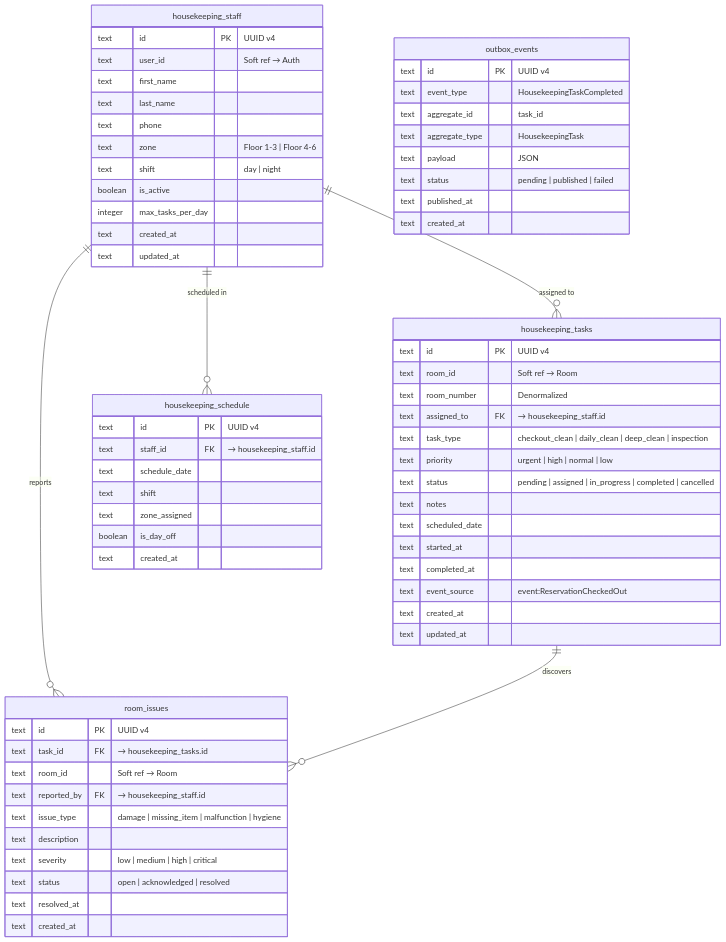
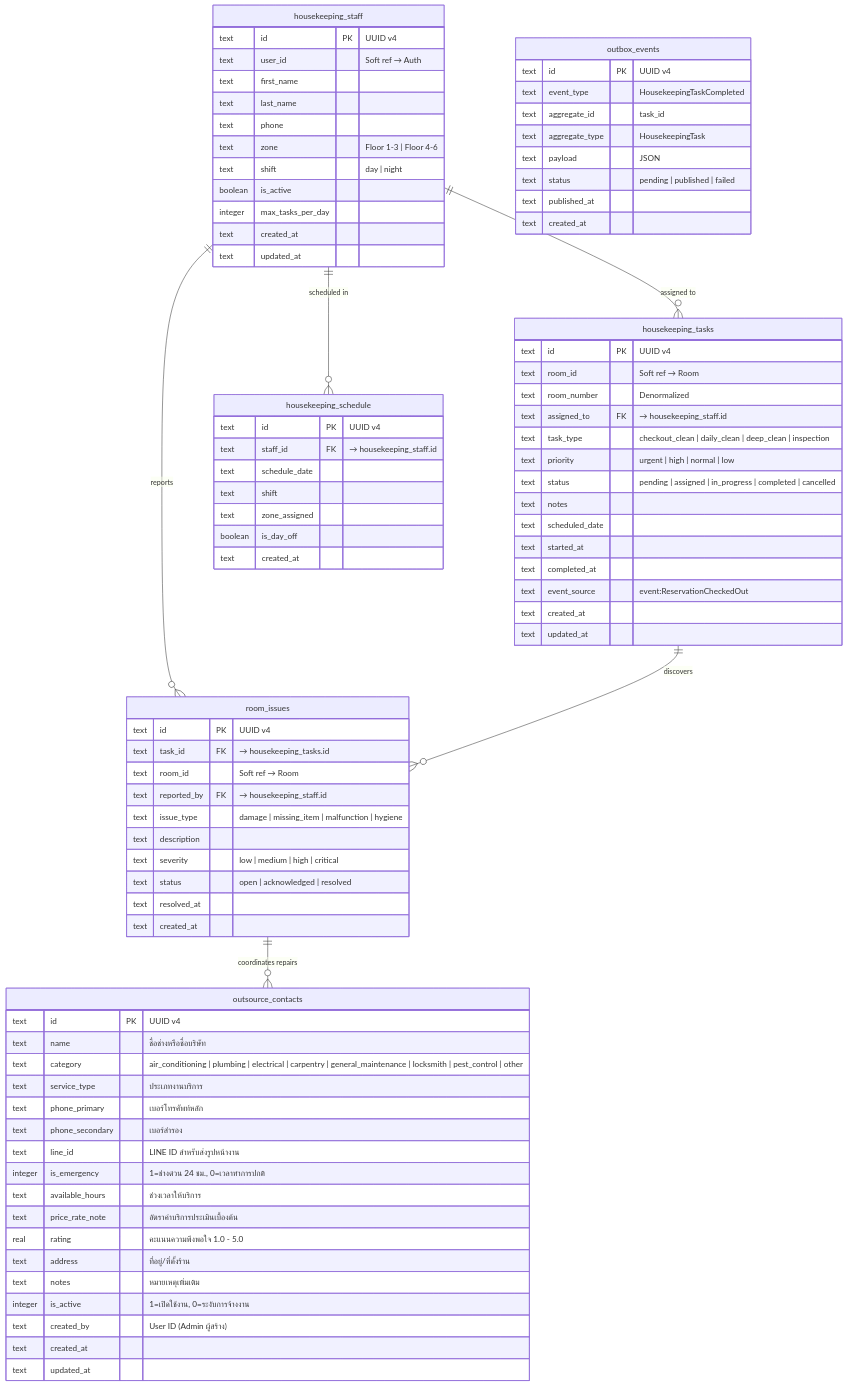
Diagram 13 of 15 in README.md (csi204/keystay), drawn with Mermaid before and after one commit. The commit also changed other lines of this file and 12 other files, not shown here.

Commit message:
docs(housekeeping): relocate outsource_contacts schema to db_housekeeping and align 105 APIs spec

````diff
--- a/README.md
+++ b/README.md
@@ -1234,8 +1269,28 @@
         text published_at
         text created_at
     }
+    outsource_contacts {
+        text id PK "UUID v4"
+        text name "ชื่อช่างหรือชื่อบริษัท"
+        text category "air_conditioning | plumbing | electrical | carpentry | general_maintenance | locksmith | pest_control | other"
+        text service_type "ประเภทงานบริการ"
+        text phone_primary "เบอร์โทรศัพท์หลัก"
+        text phone_secondary "เบอร์สำรอง"
+        text line_id "LINE ID สำหรับส่งรูปหน้างาน"
+        integer is_emergency "1=ช่างด่วน 24 ชม., 0=เวลาทำการปกติ"
+        text available_hours "ช่วงเวลาให้บริการ"
+        text price_rate_note "อัตราค่าบริการประเมินเบื้องต้น"
+        real rating "คะแนนความพึงพอใจ 1.0 - 5.0"
+        text address "ที่อยู่/ที่ตั้งร้าน"
+        text notes "หมายเหตุเพิ่มเติม"
+        integer is_active "1=เปิดใช้งาน, 0=ระงับการจ้างงาน"
+        text created_by "User ID (Admin ผู้สร้าง)"
+        text created_at
+        text updated_at
+    }
     housekeeping_staff ||--o{ housekeeping_tasks : "assigned to"
     housekeeping_staff ||--o{ room_issues : "reports"
     housekeeping_staff ||--o{ housekeeping_schedule : "scheduled in"
     housekeeping_tasks ||--o{ room_issues : "discovers"
+    room_issues ||--o{ outsource_contacts : "coordinates repairs"
 ```
````
